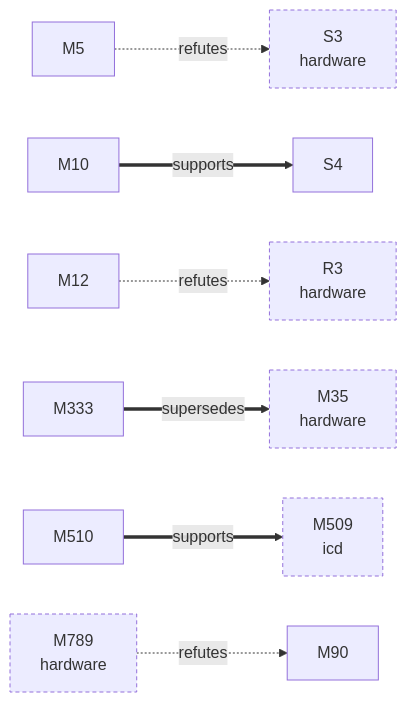
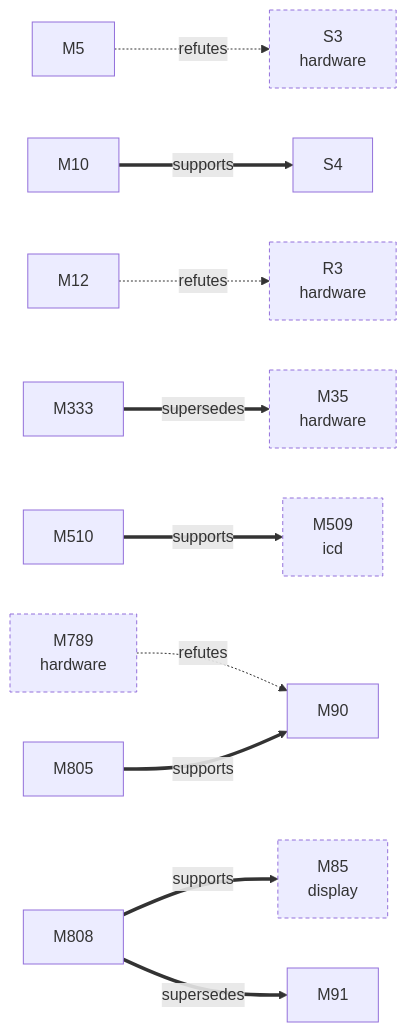
One commit to D-Ogi/amdgpu-wddm changed the first of 2 diagrams in docs/facts/graphs/linux.md. Above: the diagram before and after it, drawn with Mermaid. The commit also changed other lines of this file and 161 other files, not shown here.

````diff
--- a/docs/facts/graphs/linux.md
+++ b/docs/facts/graphs/linux.md
@@ -9,23 +9,30 @@
 ```mermaid
 flowchart LR
   M5["M5"]
   M10["M10"]
   M12["M12"]
   M35["M35<br/>hardware"]
+  M85["M85<br/>display"]
   M90["M90"]
+  M91["M91"]
   M333["M333"]
   M509["M509<br/>icd"]
   M510["M510"]
   M789["M789<br/>hardware"]
+  M805["M805"]
+  M808["M808"]
   S3["S3<br/>hardware"]
   S4["S4"]
   R3["R3<br/>hardware"]
   M789 -.->|refutes| M90
   M5 -.->|refutes| S3
   M10 ==>|supports| S4
   M12 -.->|refutes| R3
   M333 ==>|supersedes| M35
   M510 ==>|supports| M509
+  M805 ==>|supports| M90
+  M808 ==>|supports| M85
+  M808 ==>|supersedes| M91
   classDef other stroke-dasharray:4 3
-  class M35,M509,M789,S3,R3 other
+  class M35,M85,M509,M789,S3,R3 other
 ```
````
